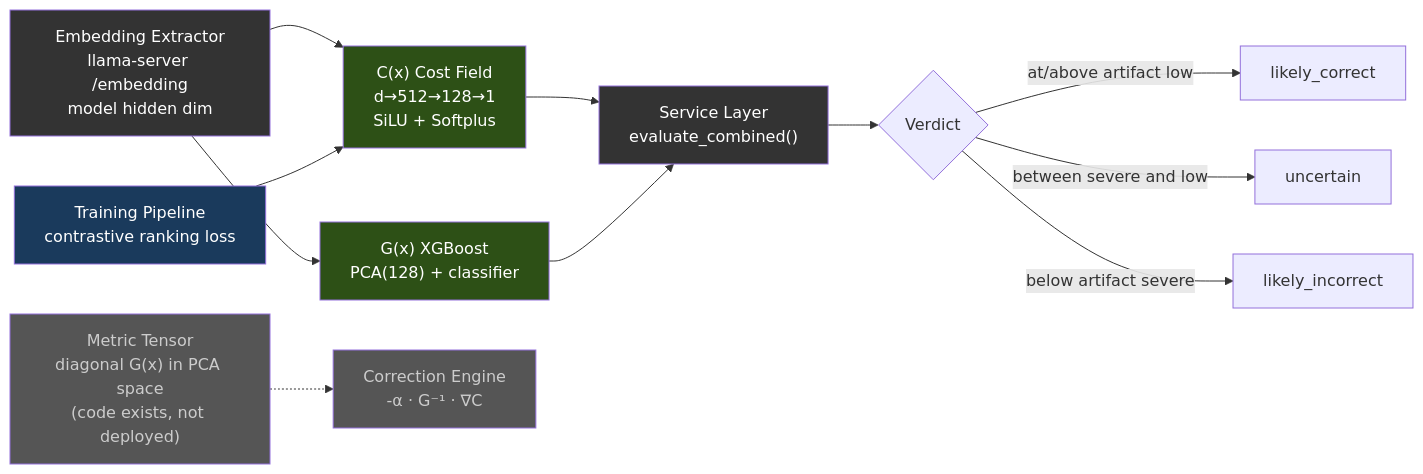
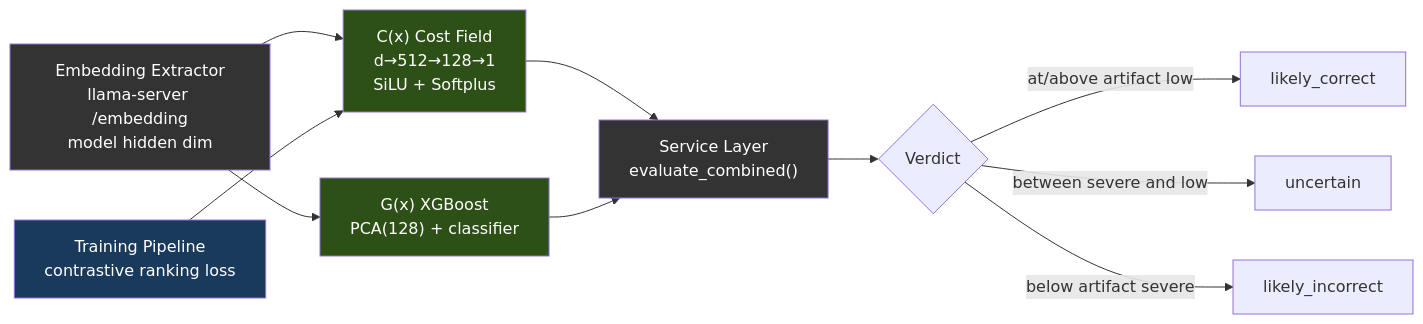
The sixth of 11 diagrams in docs/lang/ko/ARCHITECTURE.md (inferstep/ATLAS), drawn with Mermaid before and after one commit. The commit also changed other lines of this file and 3 other files, not shown here.

````diff
--- a/docs/lang/ko/ARCHITECTURE.md
+++ b/docs/lang/ko/ARCHITECTURE.md
@@ -531,23 +733,19 @@
 ```mermaid
 graph LR
     EE["Embedding Extractor\nllama-server /embedding\nmodel hidden dim"] --> CX["C(x) Cost Field\nd→512→128→1\nSiLU + Softplus"]
     EE --> GX["G(x) XGBoost\nPCA(128) + classifier"]
     CX --> SVC["Service Layer\nevaluate_combined()"]
     GX --> SVC
     SVC --> V{"Verdict"}
     V -->|"at/above artifact low"| LC["likely_correct"]
     V -->|"between severe and low"| UN["uncertain"]
     V -->|"below artifact severe"| LI["likely_incorrect"]
 
     TR["Training Pipeline\ncontrastive ranking loss"] --> CX
 
-    MT["Metric Tensor\ndiagonal G(x) in PCA space\n(code exists, not deployed)"] -.-> CORR["Correction Engine\n-α · G⁻¹ · ∇C"]
-
     style EE fill:#333,color:#fff
     style CX fill:#2d5016,color:#fff
     style GX fill:#2d5016,color:#fff
     style SVC fill:#333,color:#fff
     style TR fill:#1a3a5c,color:#fff
-    style MT fill:#555,color:#ccc
-    style CORR fill:#555,color:#ccc
 ```
````
